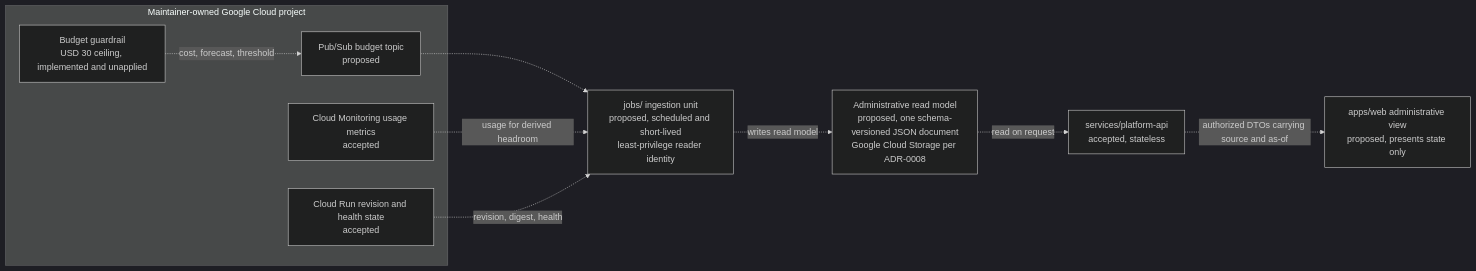
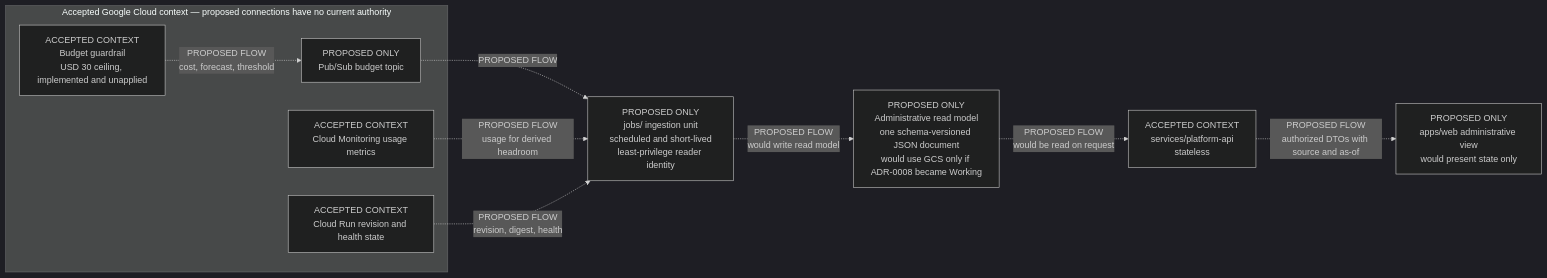
One commit to money-noodle/money-noodle changed the ninth of 9 diagrams in docs/architecture/overview.md. Above: the diagram before and after it, drawn with Mermaid (dark theme). The commit also changed other lines of this file and 13 other files, not shown here.

Commit message:
Reconcile ADR lifecycle authority (#54)

````diff
--- a/docs/architecture/overview.md
+++ b/docs/architecture/overview.md
@@ -352,22 +352,22 @@
 ```mermaid
 flowchart LR
-    subgraph gcp["Maintainer-owned Google Cloud project"]
-        budget["Budget guardrail<br/>USD 30 ceiling, implemented and unapplied"]
-        topic["Pub/Sub budget topic<br/>proposed"]
-        metrics["Cloud Monitoring usage metrics<br/>accepted"]
-        runState["Cloud Run revision and health state<br/>accepted"]
+    subgraph gcp["Accepted Google Cloud context — proposed connections have no current authority"]
+        budget["ACCEPTED CONTEXT<br/>Budget guardrail<br/>USD 30 ceiling, implemented and unapplied"]
+        topic["PROPOSED ONLY<br/>Pub/Sub budget topic"]
+        metrics["ACCEPTED CONTEXT<br/>Cloud Monitoring usage metrics"]
+        runState["ACCEPTED CONTEXT<br/>Cloud Run revision and health state"]
     end
 
-    job["jobs/ ingestion unit<br/>proposed, scheduled and short-lived<br/>least-privilege reader identity"]
-    readModel["Administrative read model<br/>proposed, one schema-versioned JSON document<br/>Google Cloud Storage per ADR-0008"]
-    apiService["services/platform-api<br/>accepted, stateless"]
-    adminView["apps/web administrative view<br/>proposed, presents state only"]
+    job["PROPOSED ONLY<br/>jobs/ ingestion unit<br/>scheduled and short-lived<br/>least-privilege reader identity"]
+    readModel["PROPOSED ONLY<br/>Administrative read model<br/>one schema-versioned JSON document<br/>would use GCS only if ADR-0008 became Working"]
+    apiService["ACCEPTED CONTEXT<br/>services/platform-api<br/>stateless"]
+    adminView["PROPOSED ONLY<br/>apps/web administrative view<br/>would present state only"]
 
-    budget -. "cost, forecast, threshold" .-> topic
-    topic -.-> job
-    metrics -. "usage for derived headroom" .-> job
-    runState -. "revision, digest, health" .-> job
-    job -. "writes read model" .-> readModel
-    readModel -. "read on request" .-> apiService
-    apiService -. "authorized DTOs carrying source and as-of" .-> adminView
+    budget -. "PROPOSED FLOW<br/>cost, forecast, threshold" .-> topic
+    topic -. "PROPOSED FLOW" .-> job
+    metrics -. "PROPOSED FLOW<br/>usage for derived headroom" .-> job
+    runState -. "PROPOSED FLOW<br/>revision, digest, health" .-> job
+    job -. "PROPOSED FLOW<br/>would write read model" .-> readModel
+    readModel -. "PROPOSED FLOW<br/>would be read on request" .-> apiService
+    apiService -. "PROPOSED FLOW<br/>authorized DTOs with source and as-of" .-> adminView
 ```
````
